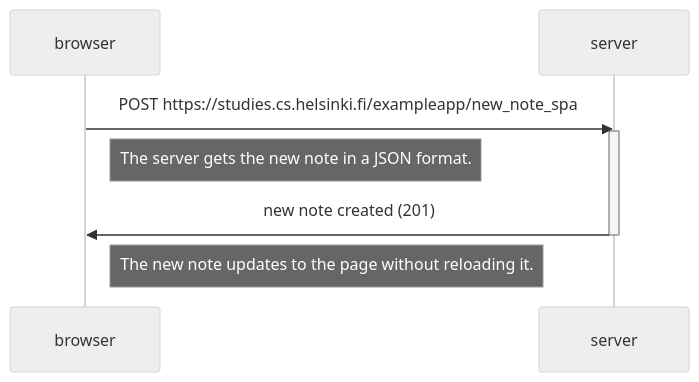
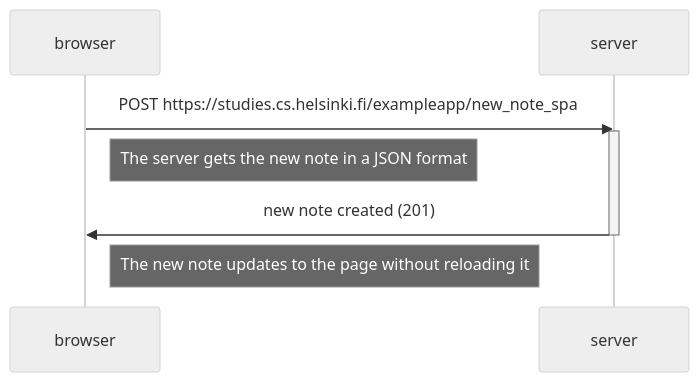
One commit to jennavahtera/fullstack changed the diagram in osa0/06uusimuistiinpano.md. Above: the diagram before and after it, drawn with Mermaid (neutral theme).

````diff
--- a/osa0/06uusimuistiinpano.md
+++ b/osa0/06uusimuistiinpano.md
@@ -1,16 +1,16 @@
 ```mermaid
 sequenceDiagram
 
         participant browser
         participant server
 
         browser->>server: POST https://studies.cs.helsinki.fi/exampleapp/new_note_spa
         activate server
 
-Note right of browser: The server gets the new note in a JSON format.
+Note right of browser: The server gets the new note in a JSON format
 
         server->>browser: new note created (201)
         deactivate server
 
-Note right of browser: The new note updates to the page without reloading it.
+Note right of browser: The new note updates to the page without reloading it
 ```
````
